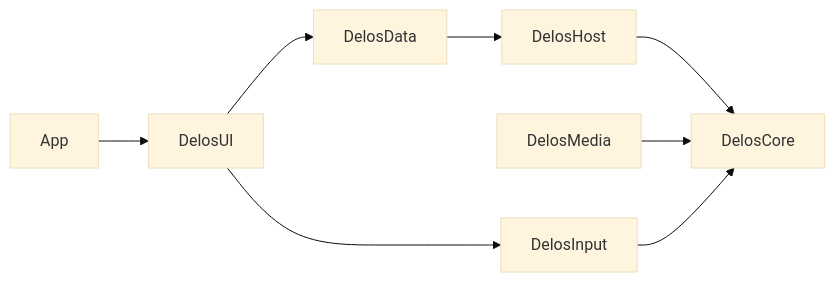
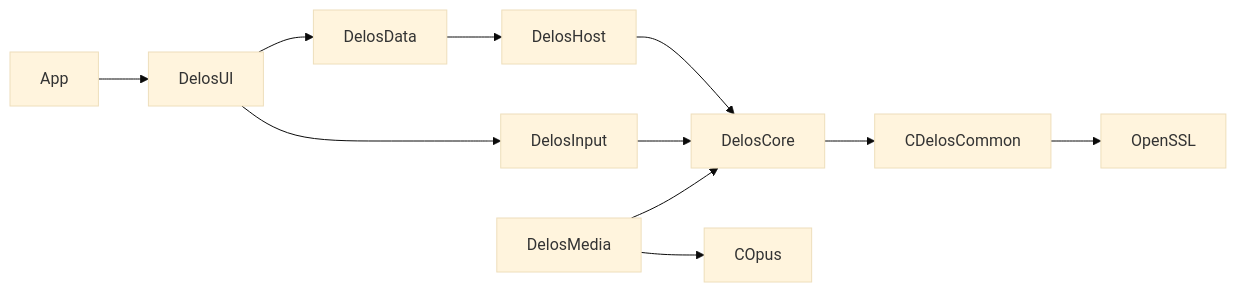
Before and after one commit to DELOS-STREAM/DELOS-apple: the diagram in docs/ARCHITECTURE.md, drawn with Mermaid (base theme). The commit also changed other lines of this file and 29 other files, not shown here.

````diff
--- a/docs/ARCHITECTURE.md
+++ b/docs/ARCHITECTURE.md
@@ -23,10 +23,13 @@
 ```mermaid
 graph LR
   App --> DelosUI
   DelosUI --> DelosData
   DelosUI --> DelosInput
   DelosData --> DelosHost
   DelosHost --> DelosCore
   DelosMedia --> DelosCore
+  DelosMedia --> COpus
+  DelosCore --> CDelosCommon
+  CDelosCommon --> OpenSSL
   DelosInput --> DelosCore
 ```
````
